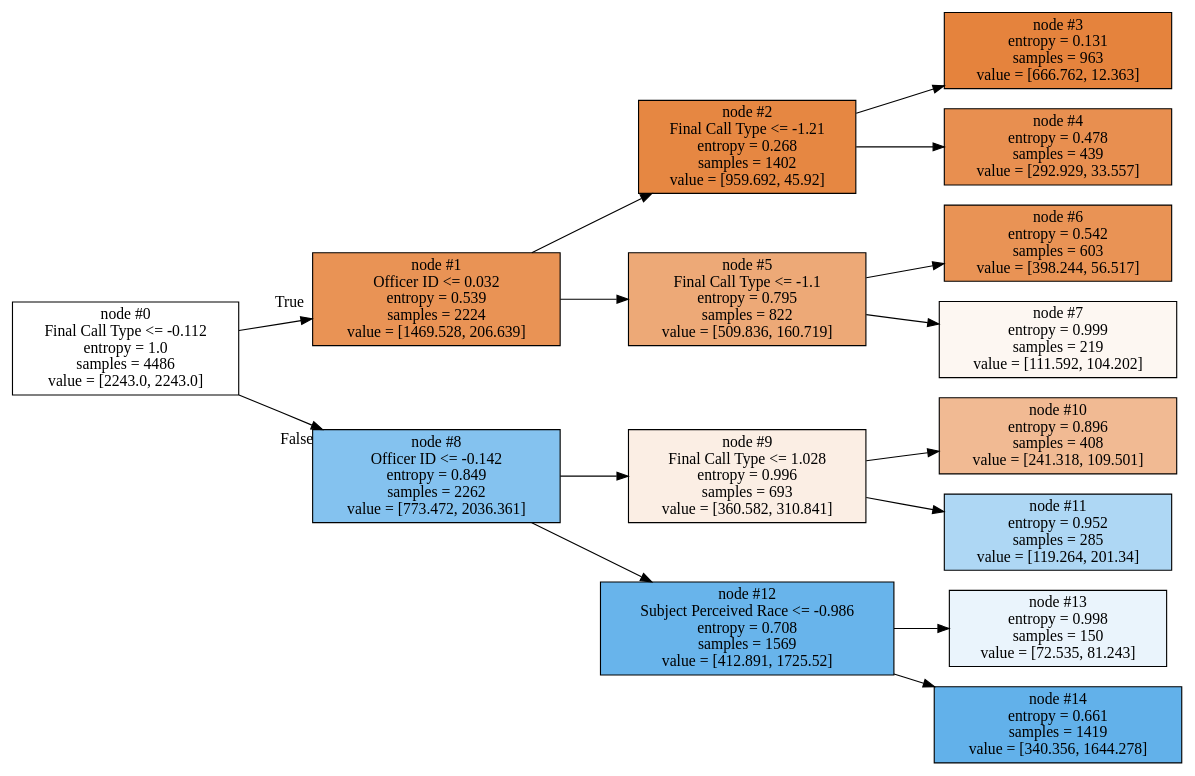
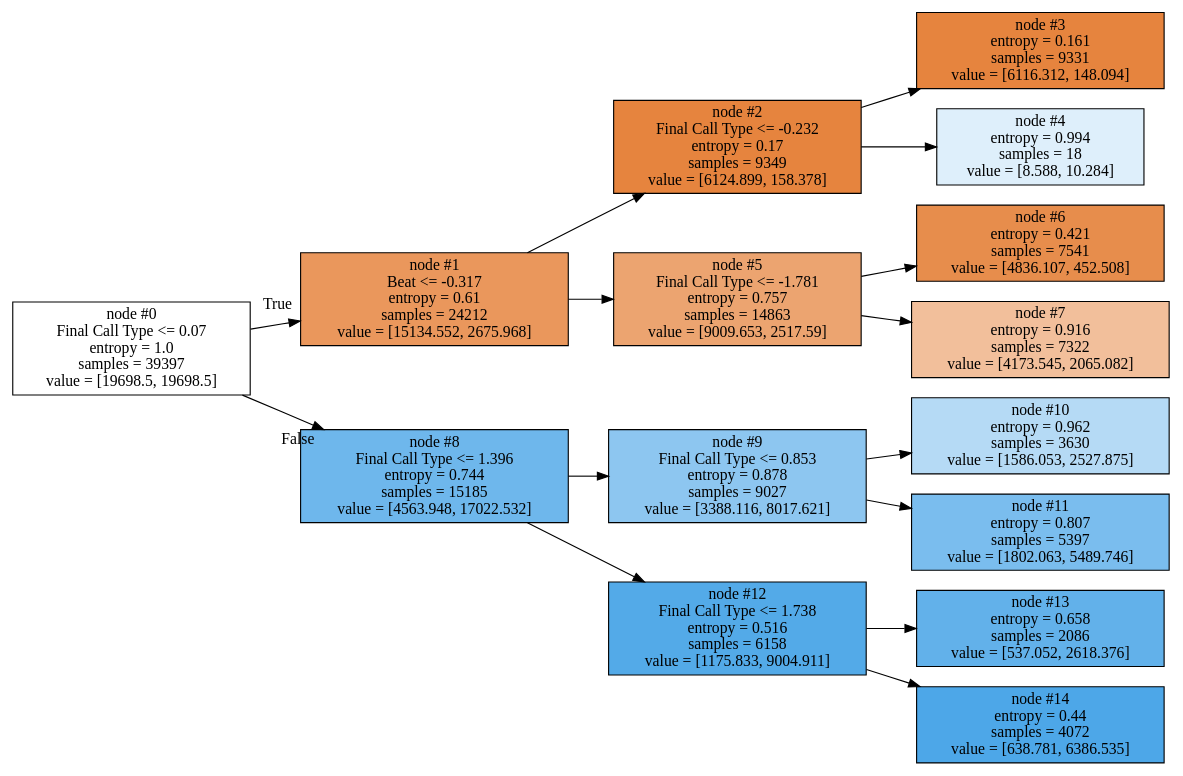
The diagram in notebooks/mytree.dot (dwalkup/Seattle_Terry_Stops), drawn with Graphviz before and after one commit. The commit also changed 2 other files, not shown here.

```diff
--- a/notebooks/mytree.dot
+++ b/notebooks/mytree.dot
@@ -1,38 +1,38 @@
 digraph Tree {
 node [shape=box, style="filled", color="black"] ;
 graph [ranksep=equally, splines=polyline] ;
 rankdir=LR ;
-0 [label="node #0\nFinal Call Type <= -0.112\nentropy = 1.0\nsamples = 4486\nvalue = [2243.0, 2243.0]", fillcolor="#ffffff"] ;
-1 [label="node #1\nOfficer ID <= 0.032\nentropy = 0.539\nsamples = 2224\nvalue = [1469.528, 206.639]", fillcolor="#e99355"] ;
+0 [label="node #0\nFinal Call Type <= 0.07\nentropy = 1.0\nsamples = 39397\nvalue = [19698.5, 19698.5]", fillcolor="#ffffff"] ;
+1 [label="node #1\nBeat <= -0.317\nentropy = 0.61\nsamples = 24212\nvalue = [15134.552, 2675.968]", fillcolor="#ea975c"] ;
 0 -> 1 [labeldistance=2.5, labelangle=-45, headlabel="True"] ;
-2 [label="node #2\nFinal Call Type <= -1.21\nentropy = 0.268\nsamples = 1402\nvalue = [959.692, 45.92]", fillcolor="#e68742"] ;
+2 [label="node #2\nFinal Call Type <= -0.232\nentropy = 0.17\nsamples = 9349\nvalue = [6124.899, 158.378]", fillcolor="#e6843e"] ;
 1 -> 2 ;
-3 [label="node #3\nentropy = 0.131\nsamples = 963\nvalue = [666.762, 12.363]", fillcolor="#e5833d"] ;
+3 [label="node #3\nentropy = 0.161\nsamples = 9331\nvalue = [6116.312, 148.094]", fillcolor="#e6843e"] ;
 2 -> 3 ;
-4 [label="node #4\nentropy = 0.478\nsamples = 439\nvalue = [292.929, 33.557]", fillcolor="#e88f50"] ;
+4 [label="node #4\nentropy = 0.994\nsamples = 18\nvalue = [8.588, 10.284]", fillcolor="#deeffb"] ;
 2 -> 4 ;
-5 [label="node #5\nFinal Call Type <= -1.1\nentropy = 0.795\nsamples = 822\nvalue = [509.836, 160.719]", fillcolor="#eda977"] ;
+5 [label="node #5\nFinal Call Type <= -1.781\nentropy = 0.757\nsamples = 14863\nvalue = [9009.653, 2517.59]", fillcolor="#eca470"] ;
 1 -> 5 ;
-6 [label="node #6\nentropy = 0.542\nsamples = 603\nvalue = [398.244, 56.517]", fillcolor="#e99355"] ;
+6 [label="node #6\nentropy = 0.421\nsamples = 7541\nvalue = [4836.107, 452.508]", fillcolor="#e78d4c"] ;
 5 -> 6 ;
-7 [label="node #7\nentropy = 0.999\nsamples = 219\nvalue = [111.592, 104.202]", fillcolor="#fdf7f2"] ;
+7 [label="node #7\nentropy = 0.916\nsamples = 7322\nvalue = [4173.545, 2065.082]", fillcolor="#f2bf9b"] ;
 5 -> 7 ;
-8 [label="node #8\nOfficer ID <= -0.142\nentropy = 0.849\nsamples = 2262\nvalue = [773.472, 2036.361]", fillcolor="#84c2ef"] ;
+8 [label="node #8\nFinal Call Type <= 1.396\nentropy = 0.744\nsamples = 15185\nvalue = [4563.948, 17022.532]", fillcolor="#6eb7ec"] ;
 0 -> 8 [labeldistance=2.5, labelangle=45, headlabel="False"] ;
-9 [label="node #9\nFinal Call Type <= 1.028\nentropy = 0.996\nsamples = 693\nvalue = [360.582, 310.841]", fillcolor="#fbeee4"] ;
+9 [label="node #9\nFinal Call Type <= 0.853\nentropy = 0.878\nsamples = 9027\nvalue = [3388.116, 8017.621]", fillcolor="#8dc6f0"] ;
 8 -> 9 ;
-10 [label="node #10\nentropy = 0.896\nsamples = 408\nvalue = [241.318, 109.501]", fillcolor="#f1ba93"] ;
+10 [label="node #10\nentropy = 0.962\nsamples = 3630\nvalue = [1586.053, 2527.875]", fillcolor="#b5daf5"] ;
 9 -> 10 ;
-11 [label="node #11\nentropy = 0.952\nsamples = 285\nvalue = [119.264, 201.34]", fillcolor="#aed7f4"] ;
+11 [label="node #11\nentropy = 0.807\nsamples = 5397\nvalue = [1802.063, 5489.746]", fillcolor="#7abdee"] ;
 9 -> 11 ;
-12 [label="node #12\nSubject Perceived Race <= -0.986\nentropy = 0.708\nsamples = 1569\nvalue = [412.891, 1725.52]", fillcolor="#68b4eb"] ;
+12 [label="node #12\nFinal Call Type <= 1.738\nentropy = 0.516\nsamples = 6158\nvalue = [1175.833, 9004.911]", fillcolor="#53aae8"] ;
 8 -> 12 ;
-13 [label="node #13\nentropy = 0.998\nsamples = 150\nvalue = [72.535, 81.243]", fillcolor="#eaf4fc"] ;
+13 [label="node #13\nentropy = 0.658\nsamples = 2086\nvalue = [537.052, 2618.376]", fillcolor="#62b1ea"] ;
 12 -> 13 ;
-14 [label="node #14\nentropy = 0.661\nsamples = 1419\nvalue = [340.356, 1644.278]", fillcolor="#62b1ea"] ;
+14 [label="node #14\nentropy = 0.44\nsamples = 4072\nvalue = [638.781, 6386.535]", fillcolor="#4da7e8"] ;
 12 -> 14 ;
 {rank=same ; 0} ;
 {rank=same ; 1; 8} ;
 {rank=same ; 2; 5; 9; 12} ;
 {rank=same ; 3; 4; 6; 7; 10; 11; 13; 14} ;
 }
```
